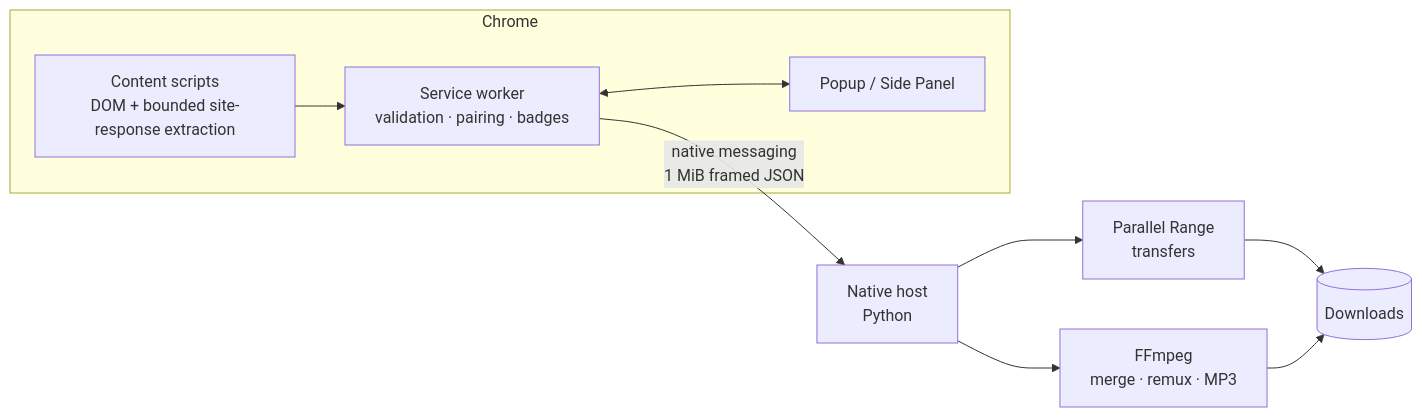
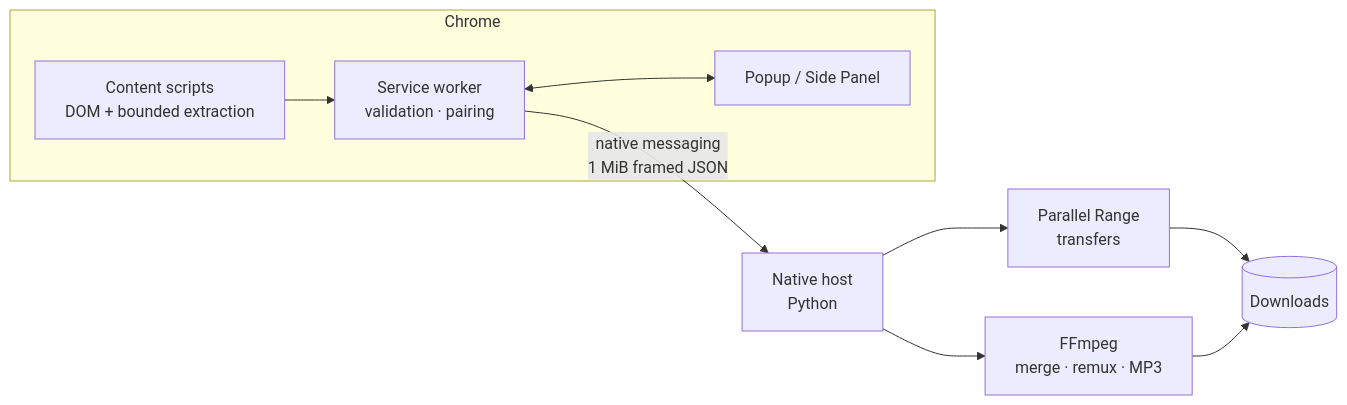
The diagram in README.md (Blanchot-Alice/fluxcatch), drawn with Mermaid before and after one commit. The commit also changed other lines of this file and 1 other file, not shown here.

````diff
--- a/README.md
+++ b/README.md
@@ -147,13 +123,13 @@
 ```mermaid
 flowchart LR
     subgraph Chrome
-        CS["Content scripts<br/>DOM + bounded site-response extraction"] --> BG["Service worker<br/>validation · pairing · badges"]
+        CS["Content scripts<br/>DOM + bounded extraction"] --> BG["Service worker<br/>validation · pairing"]
         POP["Popup / Side Panel"]
         BG <--> POP
     end
     BG -- "native messaging<br/>1 MiB framed JSON" --> HOST["Native host<br/>Python"]
     HOST --> RANGES["Parallel Range<br/>transfers"]
     HOST --> FFMPEG["FFmpeg<br/>merge · remux · MP3"]
     RANGES --> DL[("Downloads")]
     FFMPEG --> DL
 ```
````
